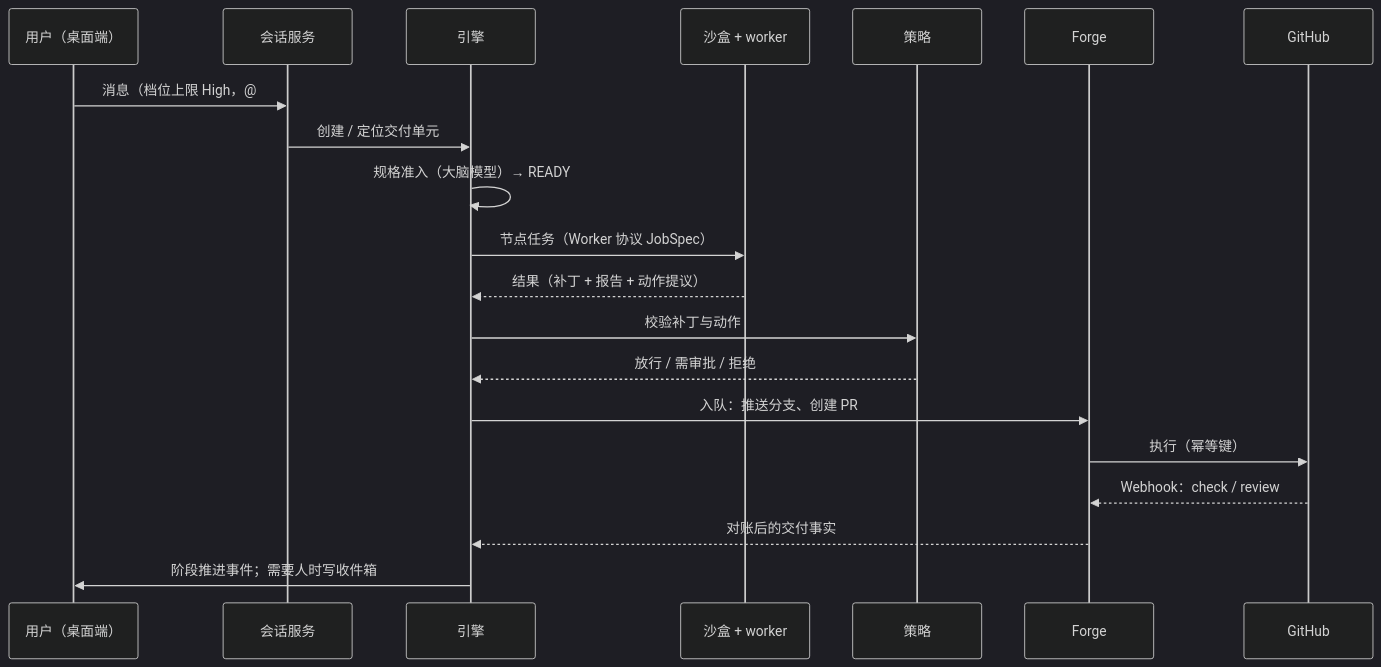
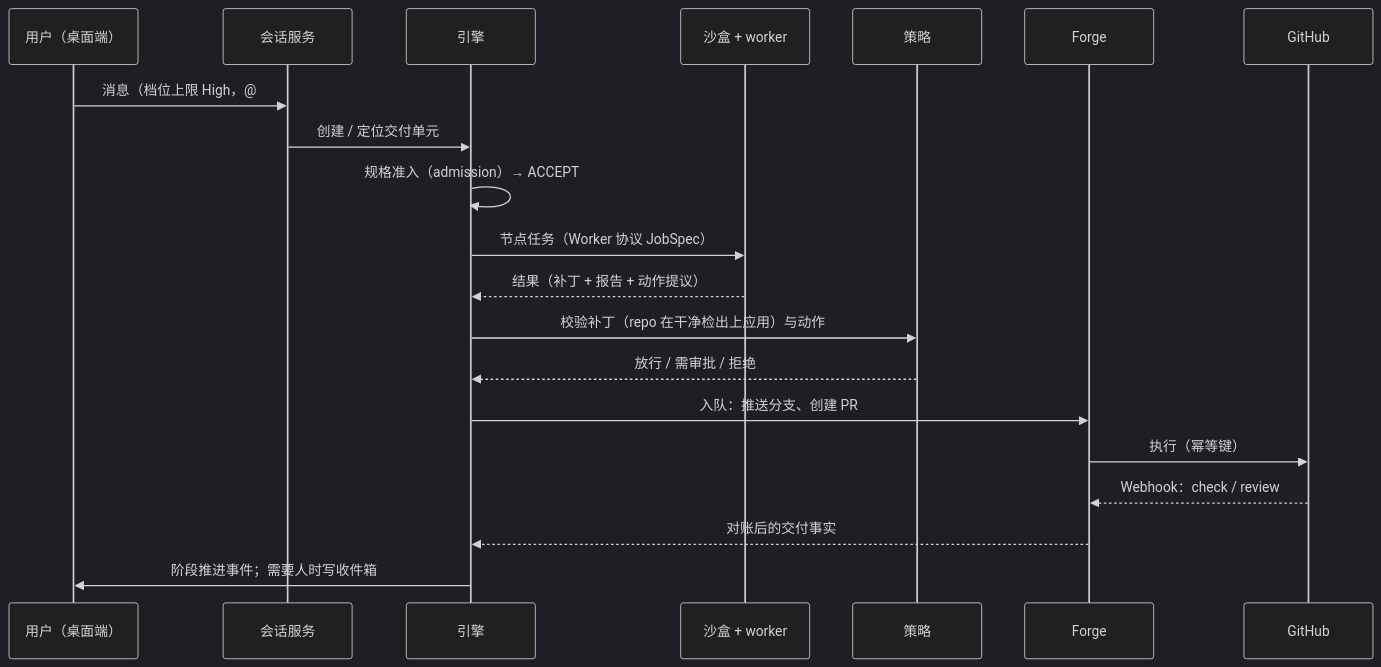
One commit to LeXwDeX/Gantry changed the third of 3 diagrams in docs/architecture.md. Above: the diagram before and after it, drawn with Mermaid (dark theme). The commit also changed other lines of this file and 7 other files, not shown here.

````diff
--- a/docs/architecture.md
+++ b/docs/architecture.md
@@ -182,22 +202,22 @@
 ```mermaid
 sequenceDiagram
   participant U as 用户（桌面端）
   participant C as 会话服务
   participant E as 引擎
   participant S as 沙盒 + worker
   participant P as 策略
   participant F as Forge
   participant G as GitHub
   U->>C: 消息（档位上限 High，@#5）
   C->>E: 创建 / 定位交付单元
-  E->>E: 规格准入（大脑模型）→ READY
+  E->>E: 规格准入（admission）→ ACCEPT
   E->>S: 节点任务（Worker 协议 JobSpec）
   S-->>E: 结果（补丁 + 报告 + 动作提议）
-  E->>P: 校验补丁与动作
+  E->>P: 校验补丁（repo 在干净检出上应用）与动作
   P-->>E: 放行 / 需审批 / 拒绝
   E->>F: 入队：推送分支、创建 PR
   F->>G: 执行（幂等键）
   G-->>F: Webhook：check / review
   F-->>E: 对账后的交付事实
   E->>U: 阶段推进事件；需要人时写收件箱
 ```
````
